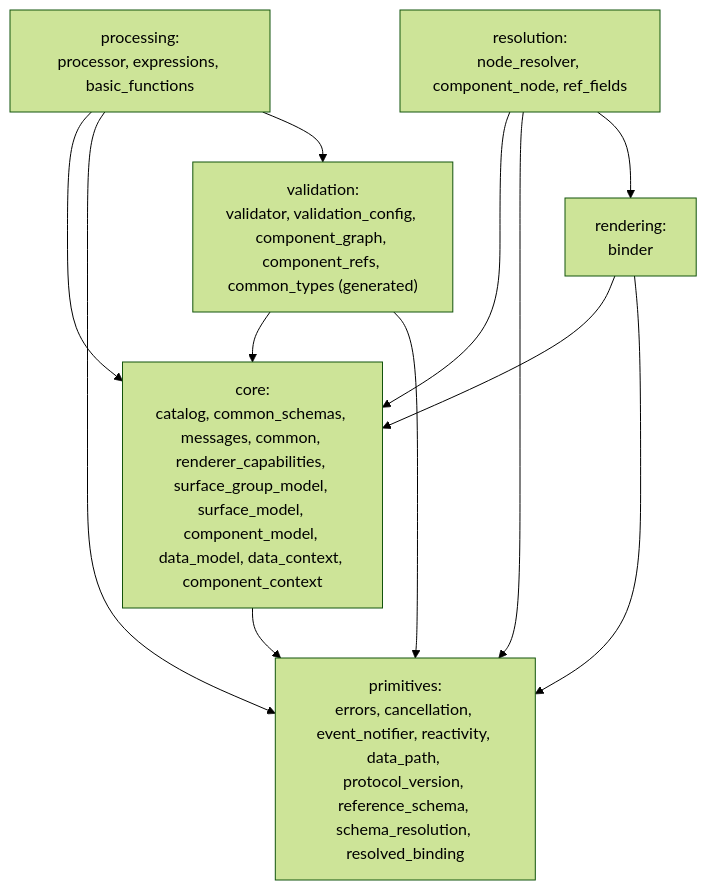
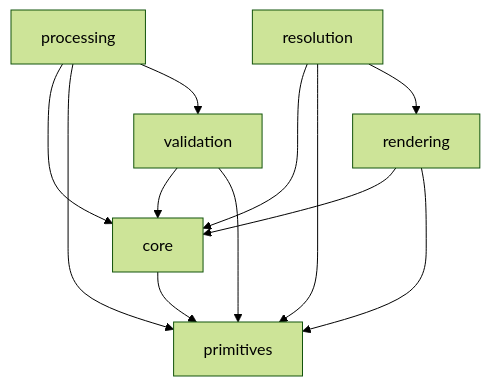
One commit to a2ui-project/a2ui changed the first of 2 diagrams in blueprints/modules/a2ui_core.blueprint.md. Above: the diagram before and after it, drawn with Mermaid (forest theme). The commit also changed other lines of this file, not shown here.

````diff
--- a/blueprints/modules/a2ui_core.blueprint.md
+++ b/blueprints/modules/a2ui_core.blueprint.md
@@ -46,21 +46,14 @@
 ```mermaid
 graph TD
-    processing["processing:<br/>processor, expressions, basic_functions"]
-    validation["validation:<br/>validator, validation_config, component_graph, component_refs, common_types (generated)"]
-    resolution["resolution:<br/>node_resolver, component_node, ref_fields"]
-    rendering["rendering:<br/>binder"]
-    core["core:<br/>catalog, common_schemas, messages, common, renderer_capabilities, surface_group_model, surface_model, component_model, data_model, data_context, component_context"]
-    primitives["primitives:<br/>errors, cancellation, event_notifier, reactivity, data_path, protocol_version, reference_schema, schema_resolution, resolved_binding"]
-
     processing --> core
     processing --> primitives
     processing --> validation
     resolution --> core
     resolution --> primitives
     resolution --> rendering
     rendering --> core
     rendering --> primitives
     validation --> core
     validation --> primitives
     core --> primitives
 ```
````
